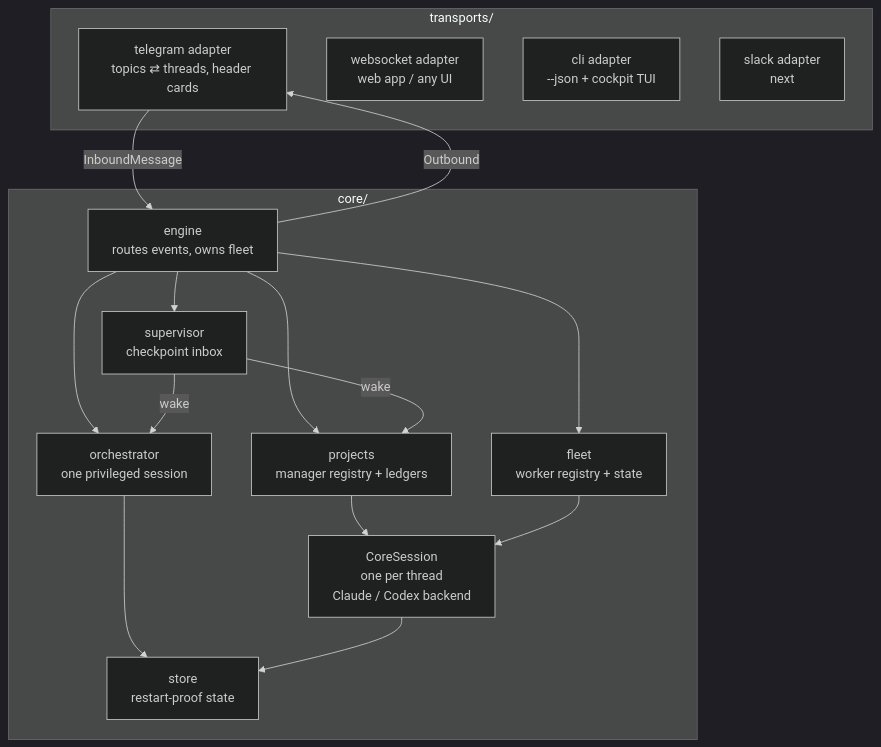
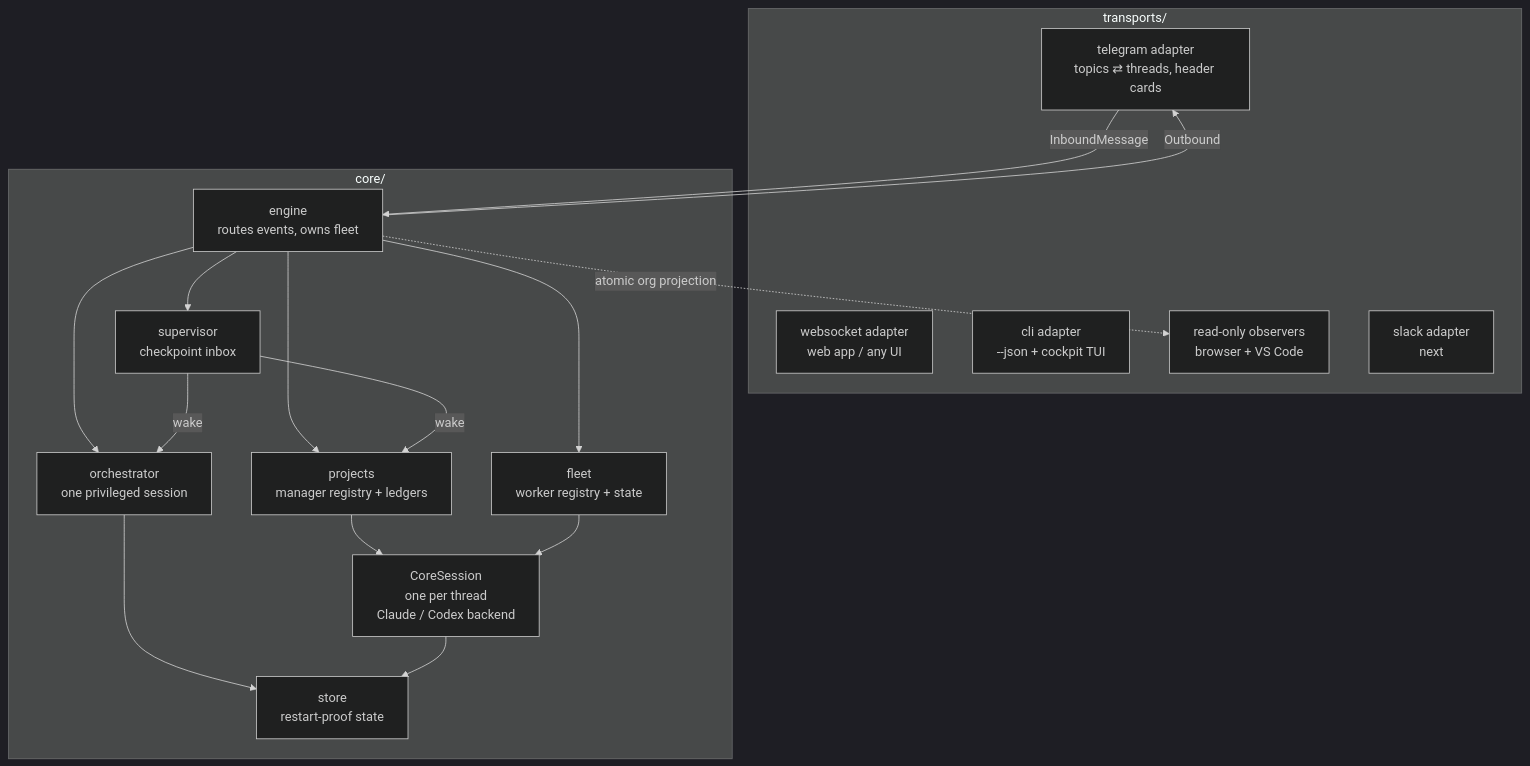
Before and after one commit to Dri-water/be-a-boss: the first of 2 diagrams in docs/architecture.md, drawn with Mermaid (dark theme). The commit also changed other lines of this file and 31 other files, not shown here.

````diff
--- a/docs/architecture.md
+++ b/docs/architecture.md
@@ -32,25 +34,27 @@
 ```mermaid
 flowchart TB
     subgraph transports/
         TG[telegram adapter<br/>topics ⇄ threads, header cards]
         WS[websocket adapter<br/>web app / any UI]
         CLI[cli adapter<br/>--json + cockpit TUI]
+        OBS[read-only observers<br/>browser + VS Code]
         SLACK[slack adapter<br/>next]
     end
     subgraph core/
         ENG[engine<br/>routes events, owns fleet]
         ORC[orchestrator<br/>one privileged session]
         PROJECTS[projects<br/>manager registry + ledgers]
         FLEET[fleet<br/>worker registry + state]
         CS[CoreSession<br/>one per thread<br/>Claude / Codex backend]
         SUP[supervisor<br/>checkpoint inbox]
         ST[store<br/>restart-proof state]
     end
     TG -- InboundMessage --> ENG
     ENG -- Outbound --> TG
+    ENG -. atomic org projection .-> OBS
     ENG --> ORC & PROJECTS & FLEET & SUP
     PROJECTS --> CS
     FLEET --> CS
     SUP -- wake --> PROJECTS & ORC
     ORC & CS --> ST
 ```
````
